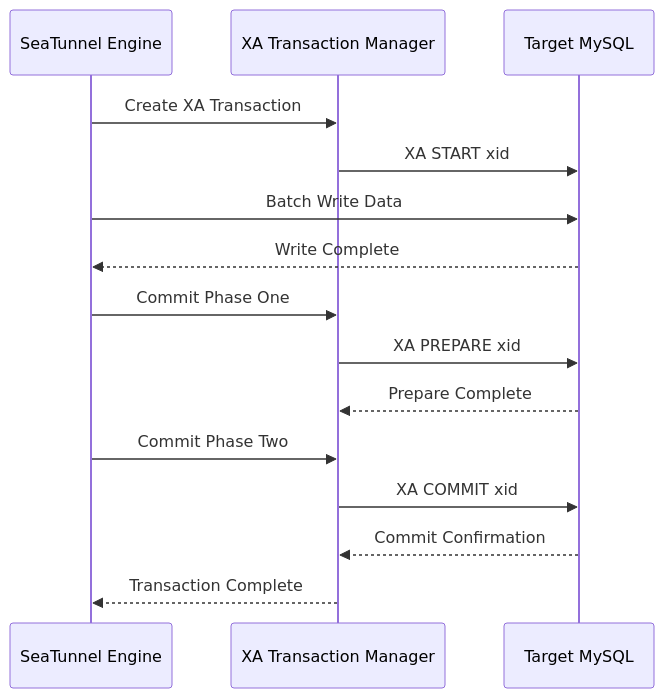
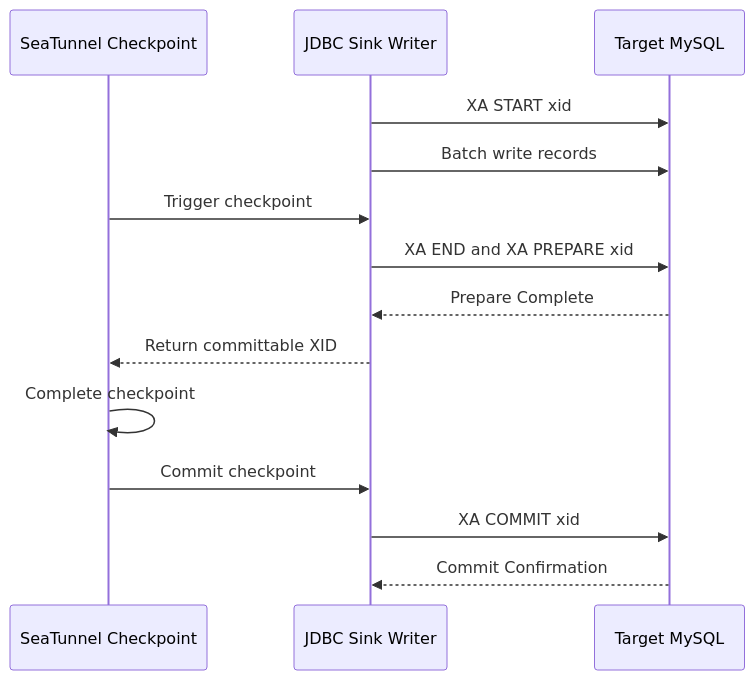
Before and after one commit to apache/seatunnel-website: the sixth of 8 diagrams in blog/2026-07-25-seatunnel-zero-loss-zero-duplication-data-consistency.md, drawn with Mermaid. The commit also changed other lines of this file and 1 other file, not shown here.

Commit message:
Refine data consistency guarantees and examples

````diff
--- a/blog/2026-07-25-seatunnel-zero-loss-zero-duplication-data-consistency.md
+++ b/blog/2026-07-25-seatunnel-zero-loss-zero-duplication-data-consistency.md
@@ -278,18 +295,17 @@
 ```mermaid
 sequenceDiagram
-    participant ST as SeaTunnel Engine
-    participant XA as XA Transaction Manager
+    participant ST as SeaTunnel Checkpoint
+    participant XA as JDBC Sink Writer
     participant DB as Target MySQL
 
-    ST->>XA: Create XA Transaction
     XA->>DB: XA START xid
-    ST->>DB: Batch Write Data
-    DB-->>ST: Write Complete
-    ST->>XA: Commit Phase One
-    XA->>DB: XA PREPARE xid
+    XA->>DB: Batch write records
+    ST->>XA: Trigger checkpoint
+    XA->>DB: XA END and XA PREPARE xid
     DB-->>XA: Prepare Complete
-    ST->>XA: Commit Phase Two
+    XA-->>ST: Return committable XID
+    ST->>ST: Complete checkpoint
+    ST->>XA: Commit checkpoint
     XA->>DB: XA COMMIT xid
     DB-->>XA: Commit Confirmation
-    XA-->>ST: Transaction Complete
 ```
````
